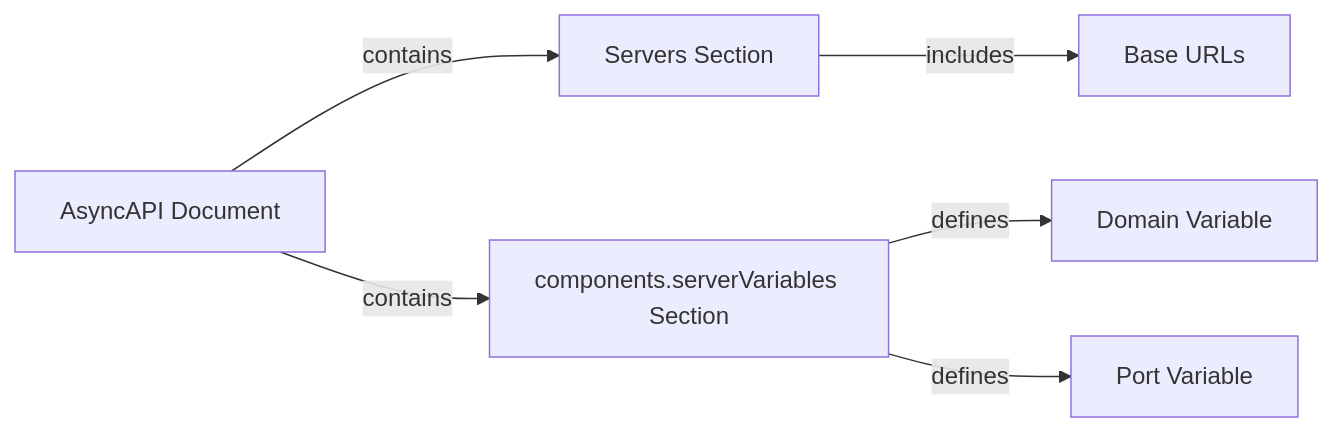
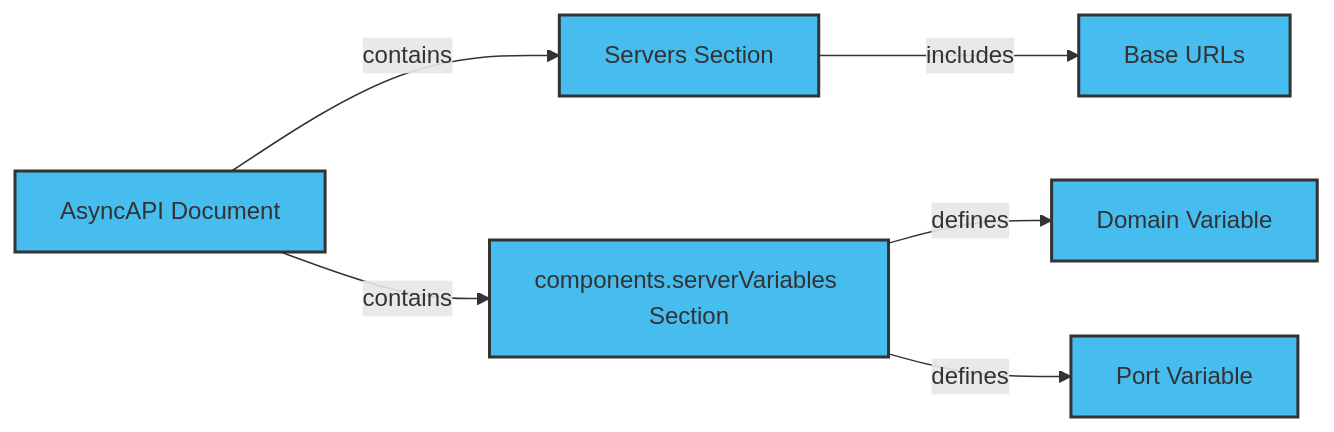
One commit to asyncapi/website changed the diagram in pages/docs/concepts/asyncapi-document/variable-url.md. Above: the diagram before and after it, drawn with Mermaid.

Commit message:
fix mermaid color

````diff
--- a/pages/docs/concepts/asyncapi-document/variable-url.md
+++ b/pages/docs/concepts/asyncapi-document/variable-url.md
@@ -18,15 +18,22 @@
 ```mermaid
 graph LR
+style A fill:#47BCEE, stroke:#333, stroke-width:2px;
+style E fill:#47BCEE, stroke:#333, stroke-width:2px;
+style C fill:#47BCEE, stroke:#333, stroke-width:2px;
+style D fill:#47BCEE, stroke:#333, stroke-width:2px;
+style B fill:#47BCEE, stroke:#333, stroke-width:2px;
+style F fill:#47BCEE, stroke:#333, stroke-width:2px;
+
 A[AsyncAPI Document]
 B[Servers Section]
 C[Base URLs]
 D[components.serverVariables Section]
 E[Domain Variable]
 F[Port Variable]
 
 A -->|contains| B
 A -->|contains| D
 B -->|includes| C
 D -->|defines| E
 D -->|defines| F
 ```
````
